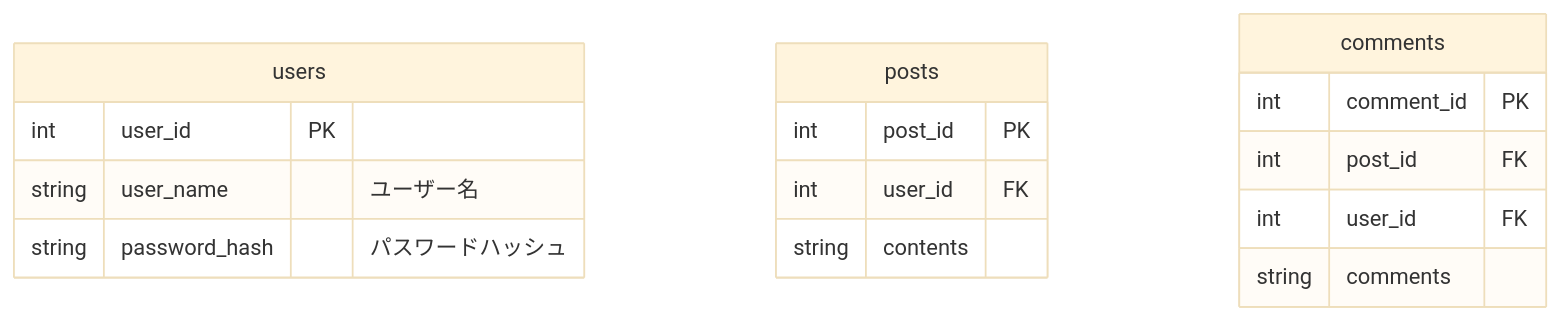
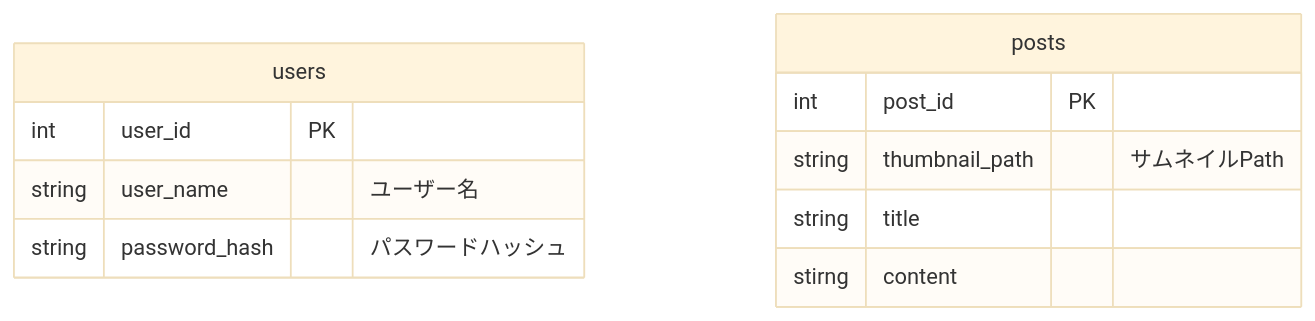
The first of 2 diagrams in README.md (yuta3003/blog-template-backend), drawn with Mermaid (base theme) before and after one commit. The commit also changed other lines of this file, not shown here.

````diff
--- a/README.md
+++ b/README.md
@@ -3,21 +3,16 @@
 ```mermaid
 erDiagram
   users {
     int user_id PK
     string user_name "ユーザー名"
 	  string password_hash "パスワードハッシュ"
   }
 
   posts {
-	  int post_id PK
-	  int user_id FK
-	  string contents
+    int post_id PK
+    string thumbnail_path "サムネイルPath"
+    string title
+    stirng content
   }
 
-  comments {
-    int comment_id PK
-    int post_id FK
-    int user_id FK
-    string comments
-  }
 ```
````
